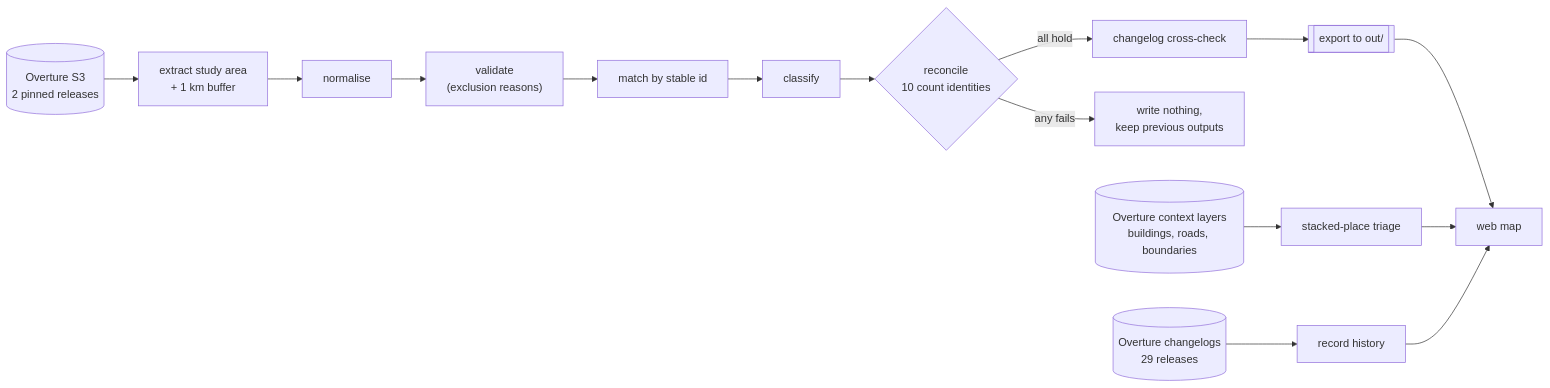
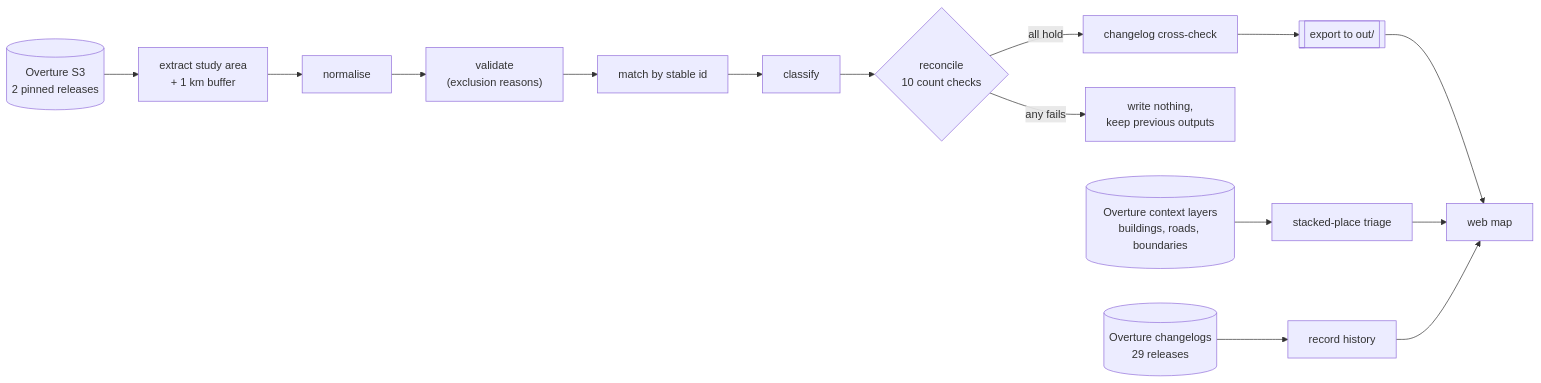
The diagram in README.md (DanielJooste43/geotrustops), drawn with Mermaid before and after one commit. The commit also changed other lines of this file and 6 other files, not shown here.

````diff
--- a/README.md
+++ b/README.md
@@ -43,12 +48,12 @@
 ```mermaid
 flowchart LR
   S3[("Overture S3<br/>2 pinned releases")] --> X["extract study area<br/>+ 1 km buffer"]
   X --> N[normalise] --> V["validate<br/>(exclusion reasons)"]
   V --> M["match by stable id"] --> C[classify]
-  C --> R{"reconcile<br/>10 count identities"}
+  C --> R{"reconcile<br/>10 count checks"}
   R -- all hold --> K["changelog cross-check"] --> E[["export to out/"]]
   R -- any fails --> F["write nothing,<br/>keep previous outputs"]
   E --> W["web map"]
   Q[("Overture context layers<br/>buildings, roads, boundaries")] --> T["stacked-place triage"] --> W
   L[("Overture changelogs<br/>29 releases")] --> H["record history"] --> W
 ```
````
